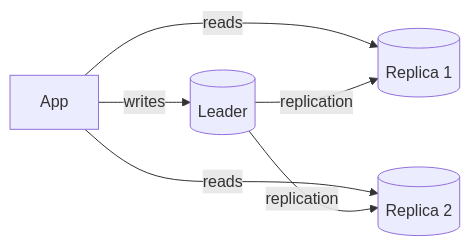
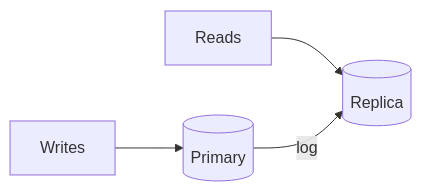
One commit to amendez13/swe-study-guide changed the diagram in content/09_System_Design_Interview/06_Databases_Relational/concepts.md. Above: the diagram before and after it, drawn with Mermaid. The commit also changed other lines of this file and 3 other files, not shown here.

````diff
--- a/content/09_System_Design_Interview/06_Databases_Relational/concepts.md
+++ b/content/09_System_Design_Interview/06_Databases_Relational/concepts.md
@@ -133,8 +62,6 @@
 ```mermaid
 flowchart LR
-    App -->|writes| Leader[(Leader)]
-    App -->|reads| R1[(Replica 1)]
-    App -->|reads| R2[(Replica 2)]
-    Leader -->|replication| R1
-    Leader -->|replication| R2
+    Writers[Writes] --> Primary[(Primary)]
+    Readers[Reads] --> Replica[(Replica)]
+    Primary -->|log| Replica
 ```
````
